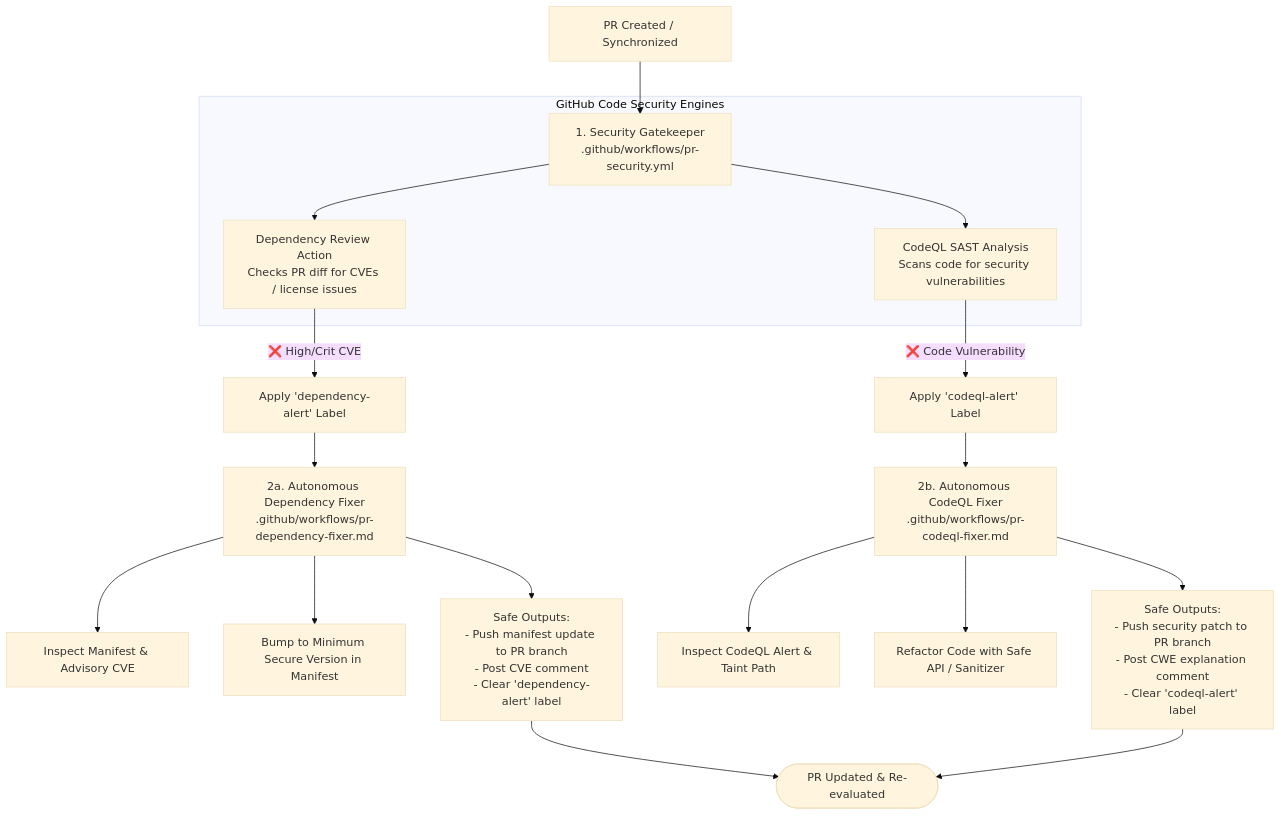
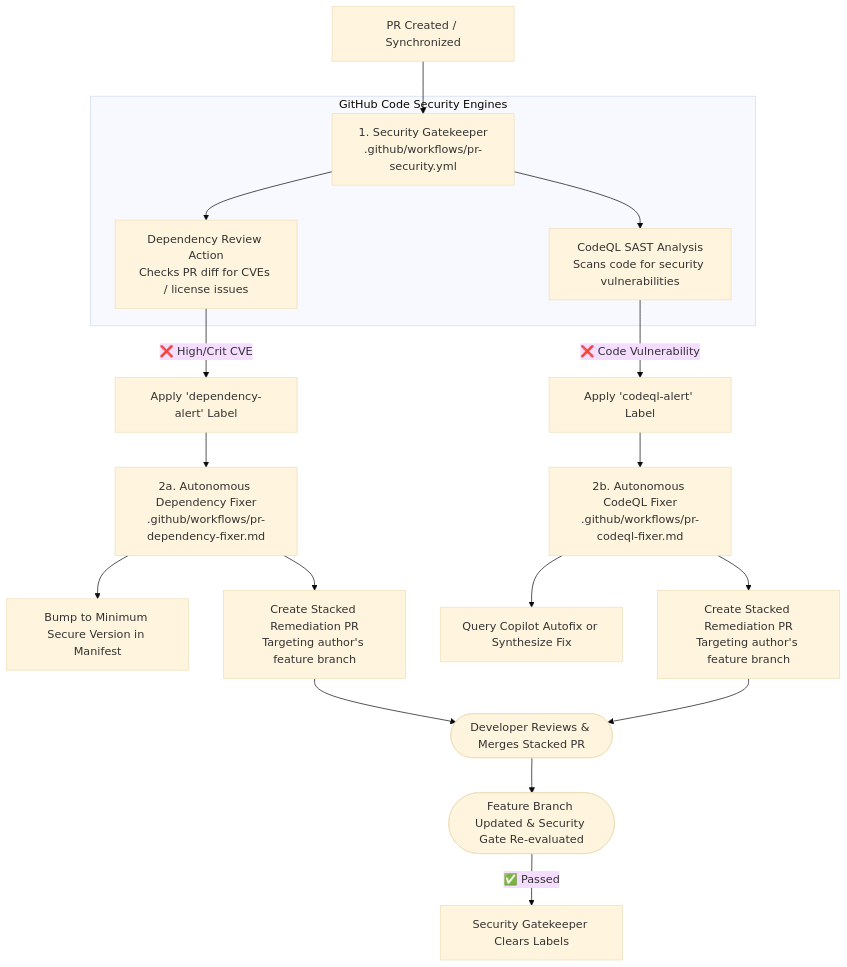
One commit to SitoaderOrg/ForgeFlow changed the first of 2 diagrams in docs/pr-security-and-fixer.md. Above: the diagram before and after it, drawn with Mermaid (base theme). The commit also changed other lines of this file and 4 other files, not shown here.

First line of the commit message:
feat(security): adopt stacked PR pattern for dependency and codeql remediations

````diff
--- a/docs/pr-security-and-fixer.md
+++ b/docs/pr-security-and-fixer.md
@@ -9,25 +9,26 @@
 ```mermaid
 flowchart TD
     PR[PR Created / Synchronized] --> SecGate[1. Security Gatekeeper\n.github/workflows/pr-security.yml]
     
     subgraph GitHub_Code_Security [GitHub Code Security Engines]
         SecGate --> DepReview[Dependency Review Action\nChecks PR diff for CVEs / license issues]
         SecGate --> CodeQL[CodeQL SAST Analysis\nScans code for security vulnerabilities]
     end
 
     DepReview -->|❌ High/Crit CVE| AddDepLabel[Apply 'dependency-alert' Label]
     CodeQL -->|❌ Code Vulnerability| AddCodeqlLabel[Apply 'codeql-alert' Label]
 
     AddDepLabel --> DepFixer[2a. Autonomous Dependency Fixer\n.github/workflows/pr-dependency-fixer.md]
-    DepFixer --> InspectDep[Inspect Manifest & Advisory CVE]
     DepFixer --> BumpDep[Bump to Minimum Secure Version in Manifest]
-    DepFixer --> SafeOutputsDep[Safe Outputs:\n- Push manifest update to PR branch\n- Post CVE comment\n- Clear 'dependency-alert' label]
+    DepFixer --> StackedPRDep[Create Stacked Remediation PR\nTargeting author's feature branch]
 
     AddCodeqlLabel --> CodeqlFixer[2b. Autonomous CodeQL Fixer\n.github/workflows/pr-codeql-fixer.md]
-    CodeqlFixer --> InspectCodeql[Inspect CodeQL Alert & Taint Path]
-    CodeqlFixer --> RefactorCode[Refactor Code with Safe API / Sanitizer]
-    CodeqlFixer --> SafeOutputsCodeql[Safe Outputs:\n- Push security patch to PR branch\n- Post CWE explanation comment\n- Clear 'codeql-alert' label]
+    CodeqlFixer --> AutofixCheck[Query Copilot Autofix or Synthesize Fix]
+    CodeqlFixer --> StackedPRCodeql[Create Stacked Remediation PR\nTargeting author's feature branch]
 
-    SafeOutputsDep --> Recheck([PR Updated & Re-evaluated])
-    SafeOutputsCodeql --> Recheck
+    StackedPRDep --> DevReview([Developer Reviews & Merges Stacked PR])
+    StackedPRCodeql --> DevReview
+
+    DevReview --> Recheck([Feature Branch Updated & Security Gate Re-evaluated])
+    Recheck -->|✅ Passed| ClearLabels[Security Gatekeeper Clears Labels]
 ```
````
